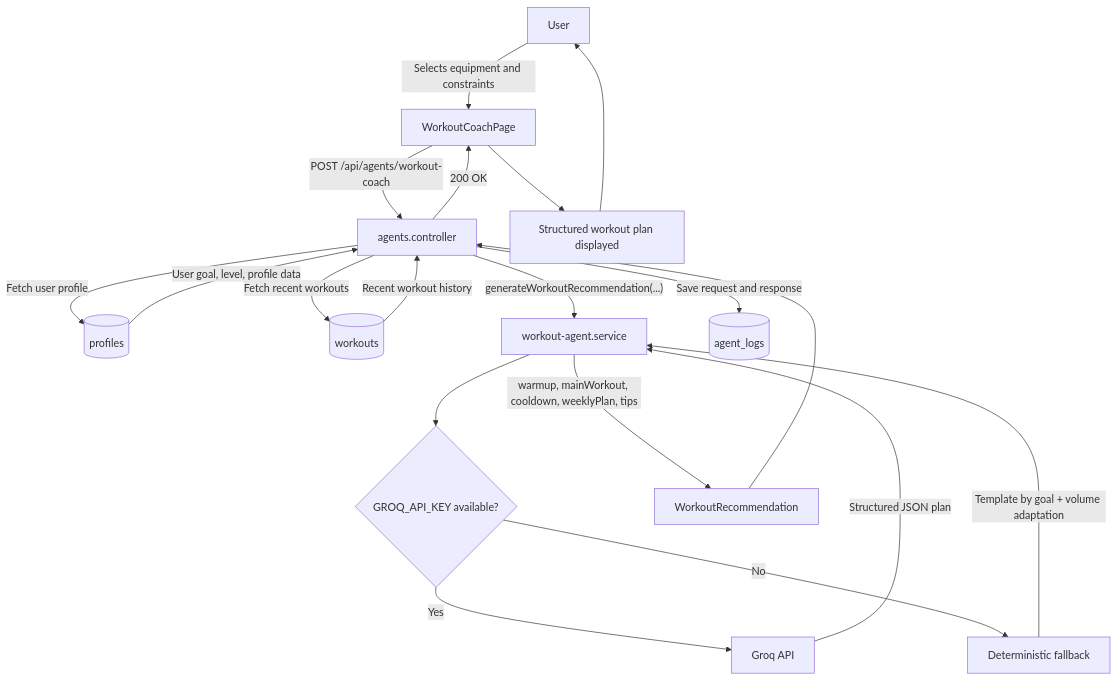
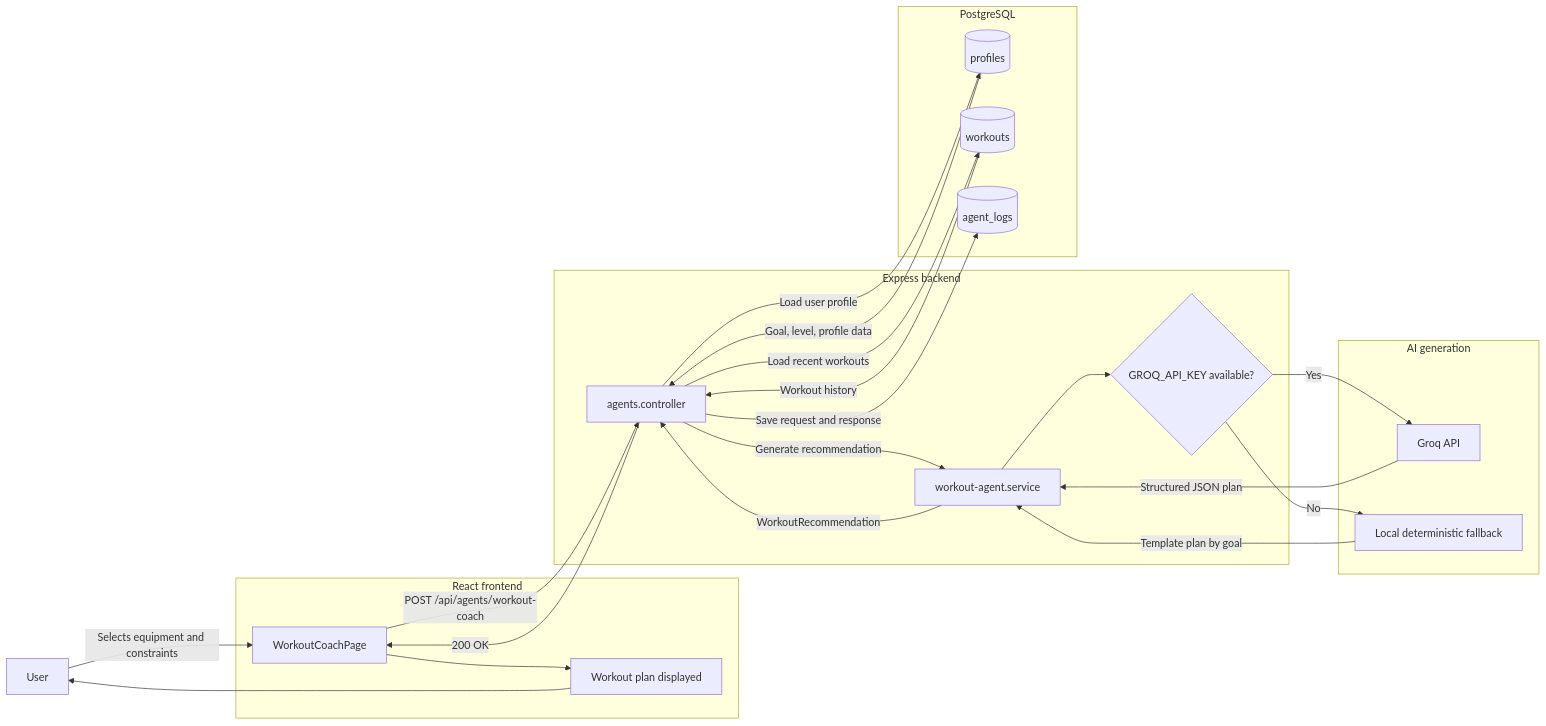
The first of 3 diagrams in docs/diagrams/ai-agent-workflow.md (Robertone22/Test-SmartCoach), drawn with Mermaid before and after one commit. The commit also changed other lines of this file and 1 other file, not shown here.

Commit message:
docs: simplify AI workflow and backend architecture diagrams

````diff
--- a/docs/diagrams/ai-agent-workflow.md
+++ b/docs/diagrams/ai-agent-workflow.md
@@ -14,42 +19,50 @@
 ```mermaid
-flowchart TD
-    U["User"]
-    FE["WorkoutCoachPage"]
-    API["agents.controller"]
-    PROFILE[("profiles")]
-    WORKOUTS[("workouts")]
-    AGENT["workout-agent.service"]
-    DECISION{"GROQ_API_KEY available?"}
-    GROQ["Groq API"]
-    FALLBACK["Deterministic fallback"]
-    LOGS[("agent_logs")]
-    RESPONSE["WorkoutRecommendation"]
-    UI["Structured workout plan displayed"]
+flowchart LR
+    User["User"]
 
-    U -->|"Selects equipment and constraints"| FE
-    FE -->|"POST /api/agents/workout-coach"| API
+    subgraph Frontend["React frontend"]
+        WorkoutPage["WorkoutCoachPage"]
+        WorkoutResult["Workout plan displayed"]
+    end
 
-    API -->|"Fetch user profile"| PROFILE
-    API -->|"Fetch recent workouts"| WORKOUTS
+    subgraph Backend["Express backend"]
+        AgentsController["agents.controller"]
+        WorkoutService["workout-agent.service"]
+        Decision{"GROQ_API_KEY available?"}
+    end
 
-    PROFILE -->|"User goal, level, profile data"| API
-    WORKOUTS -->|"Recent workout history"| API
+    subgraph Database["PostgreSQL"]
+        Profiles[("profiles")]
+        Workouts[("workouts")]
+        AgentLogs[("agent_logs")]
+    end
 
-    API -->|"generateWorkoutRecommendation(...)"| AGENT
+    subgraph AI["AI generation"]
+        Groq["Groq API"]
+        Fallback["Local deterministic fallback"]
+    end
 
-    AGENT --> DECISION
+    User -->|"Selects equipment and constraints"| WorkoutPage
+    WorkoutPage -->|"POST /api/agents/workout-coach"| AgentsController
 
-    DECISION -->|"Yes"| GROQ
-    GROQ -->|"Structured JSON plan"| AGENT
+    AgentsController -->|"Load user profile"| Profiles
+    AgentsController -->|"Load recent workouts"| Workouts
 
-    DECISION -->|"No"| FALLBACK
-    FALLBACK -->|"Template by goal + volume adaptation"| AGENT
+    Profiles -->|"Goal, level, profile data"| AgentsController
+    Workouts -->|"Workout history"| AgentsController
 
-    AGENT -->|"warmup, mainWorkout, cooldown, weeklyPlan, tips"| RESPONSE
-    RESPONSE --> API
+    AgentsController -->|"Generate recommendation"| WorkoutService
+    WorkoutService --> Decision
 
-    API -->|"Save request and response"| LOGS
-    API -->|"200 OK"| FE
-    FE --> UI
-    UI --> U
+    Decision -->|"Yes"| Groq
+    Decision -->|"No"| Fallback
+
+    Groq -->|"Structured JSON plan"| WorkoutService
+    Fallback -->|"Template plan by goal"| WorkoutService
+
+    WorkoutService -->|"WorkoutRecommendation"| AgentsController
+    AgentsController -->|"Save request and response"| AgentLogs
+    AgentsController -->|"200 OK"| WorkoutPage
+    WorkoutPage --> WorkoutResult
+    WorkoutResult --> User
 ```
````
